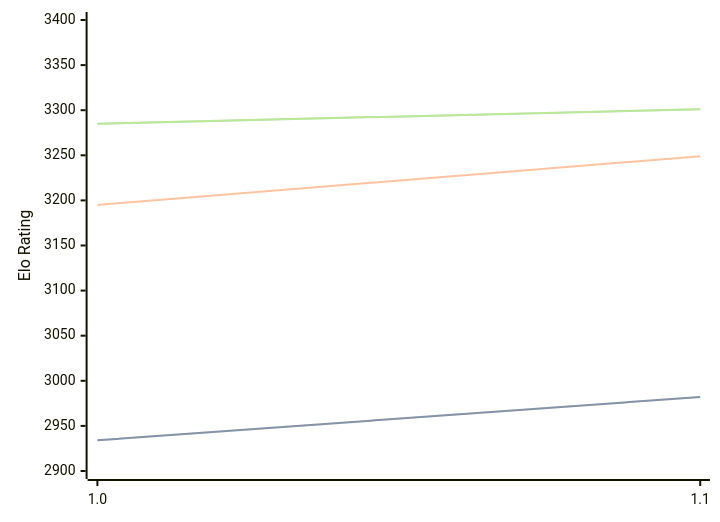
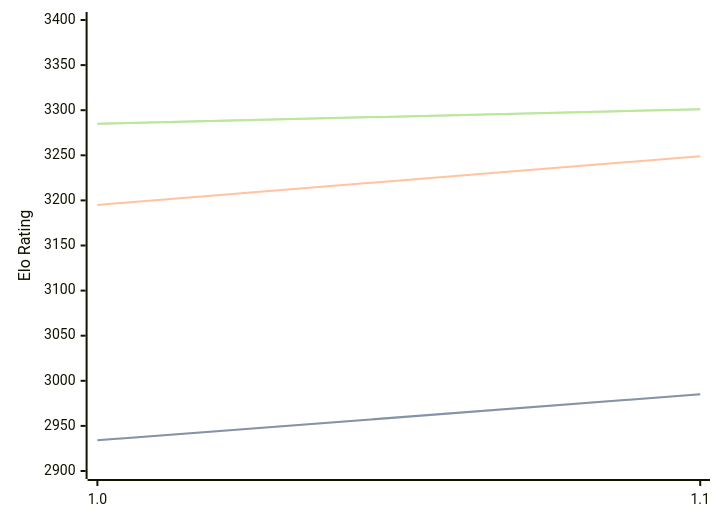
One commit to computer-chess-index/cci changed the diagram in engines/RodentV.md. Above: the diagram before and after it, drawn with Mermaid. The commit also changed other lines of this file, not shown here.

````diff
--- a/engines/RodentV.md
+++ b/engines/RodentV.md
@@ -33,11 +33,11 @@
 ```mermaid
 %%{init: {"theme":"base","themeVariables":{"seriesColors:['#a3a3a3','#222221','#faa371']}}}%%
 xychart-beta
   x-axis ["1.0", "1.1"]
   y-axis "Elo Rating" 2900 --> 3400
-  line "" [2934, 2982]
-  line "STC (8.0+0.08s)" [2934, 2982]
+  line "" [2934, 2985]
+  line "STC (8.0+0.08s)" [2934, 2985]
   line "LTC (60.0+0.60s)" [3195, 3249]
   line "" [3285, 3301]
   line "VLTC (2m24s+1.12s)" [3285, 3301]
 ```
````
